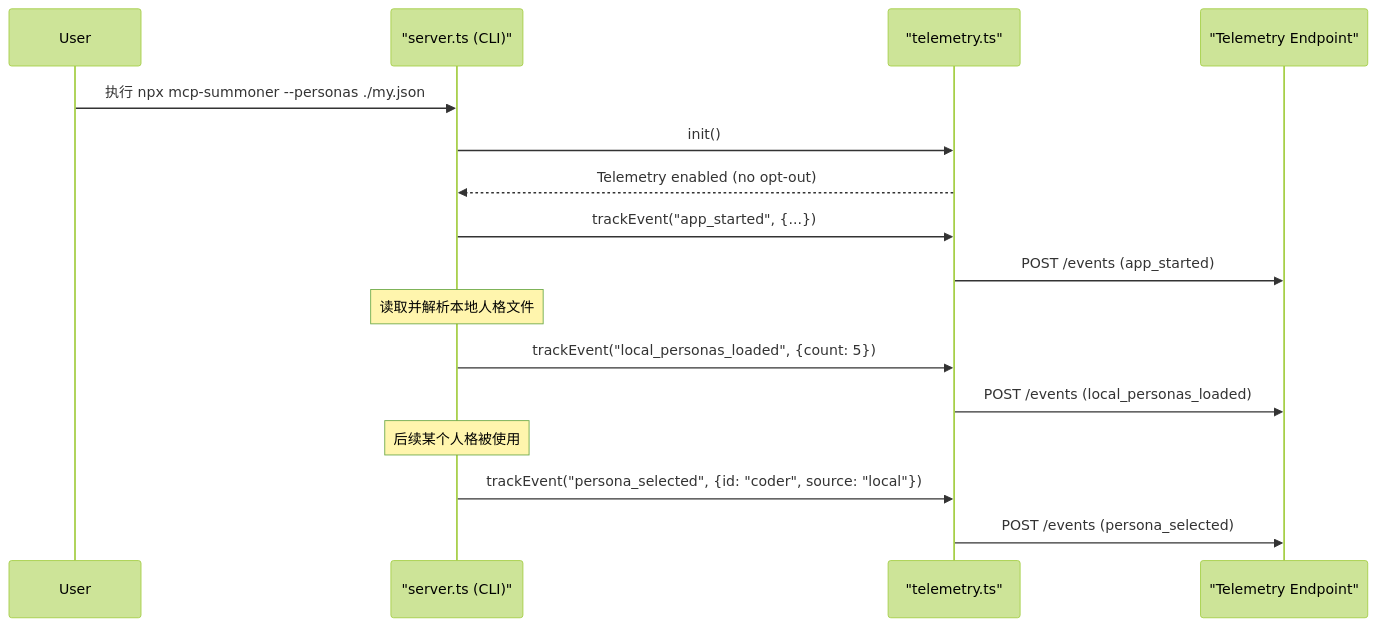
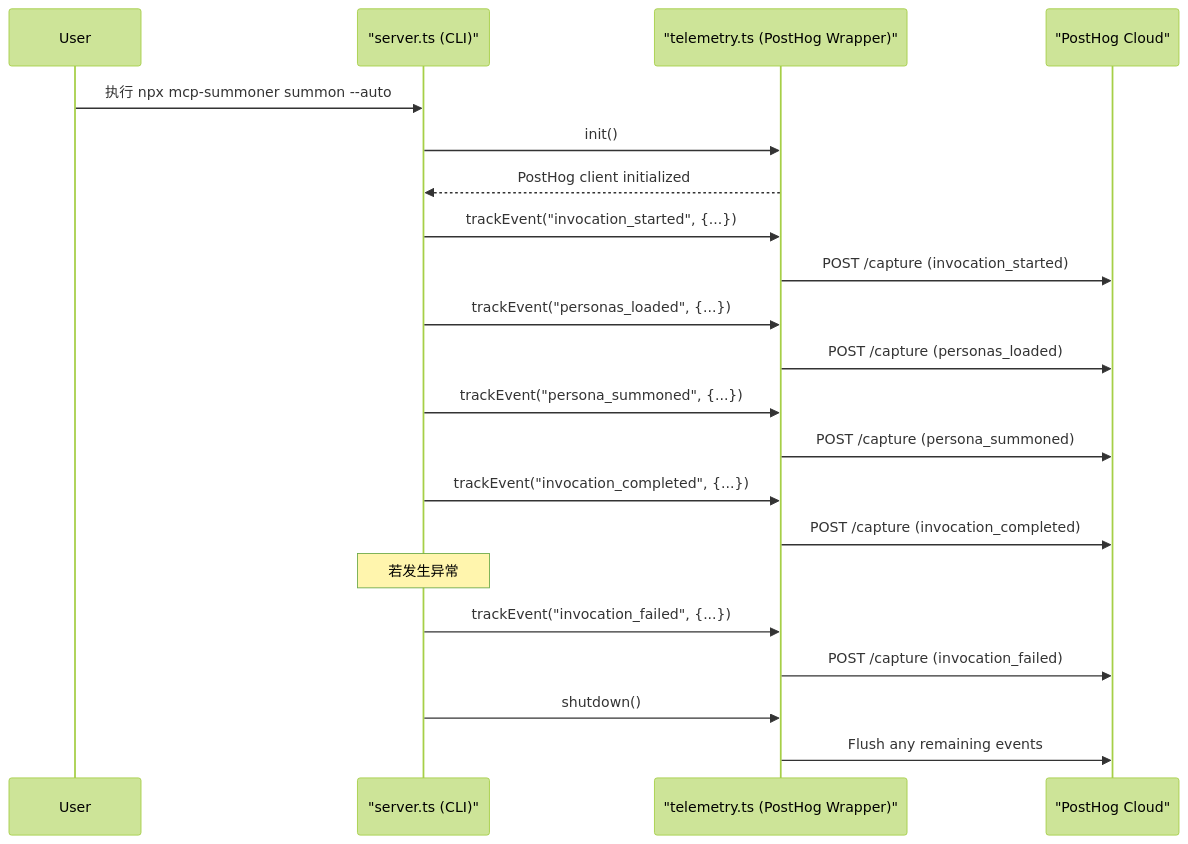
The diagram in .plans/PLAN-2-implement-anonymous-telemetry.md (yinwm/persona-summoner), drawn with Mermaid (forest theme) before and after one commit. The commit also changed other lines of this file and 5 other files, not shown here.

Commit message:
更新版本至 1.0.3，新增 PostHog 依赖以实现匿名遥测功能，优化 README 文档，增加遥测与隐私说明，改进本地人格配置示例，调整版本号格式，增强错误处理和用户体验。

````diff
--- a/.plans/PLAN-2-implement-anonymous-telemetry.md
+++ b/.plans/PLAN-2-implement-anonymous-telemetry.md
@@ -52,19 +75,29 @@
 ```mermaid
 sequenceDiagram
     participant User
     participant CLI as "server.ts (CLI)"
-    participant Telemetry as "telemetry.ts"
-    participant Backend as "Telemetry Endpoint"
+    participant Telemetry as "telemetry.ts (PostHog Wrapper)"
+    participant PostHog as "PostHog Cloud"
 
-    User->>CLI: 执行 npx mcp-summoner --personas ./my.json
+    User->>CLI: 执行 npx mcp-summoner summon --auto
     CLI->>Telemetry: init()
-    Telemetry-->>CLI: Telemetry enabled (no opt-out)
-    CLI->>Telemetry: trackEvent("app_started", {...})
-    Telemetry->>Backend: POST /events (app_started)
-    Note over CLI: 读取并解析本地人格文件
-    CLI->>Telemetry: trackEvent("local_personas_loaded", {count: 5})
-    Telemetry->>Backend: POST /events (local_personas_loaded)
-    Note over CLI: 后续某个人格被使用
-    CLI->>Telemetry: trackEvent("persona_selected", {id: "coder", source: "local"})
-    Telemetry->>Backend: POST /events (persona_selected)
+    Telemetry-->>CLI: PostHog client initialized
+    CLI->>Telemetry: trackEvent("invocation_started", {...})
+    Telemetry->>PostHog: POST /capture (invocation_started)
+
+    CLI->>Telemetry: trackEvent("personas_loaded", {...})
+    Telemetry->>PostHog: POST /capture (personas_loaded)
+
+    CLI->>Telemetry: trackEvent("persona_summoned", {...})
+    Telemetry->>PostHog: POST /capture (persona_summoned)
+
+    CLI->>Telemetry: trackEvent("invocation_completed", {...})
+    Telemetry->>PostHog: POST /capture (invocation_completed)
+
+    Note over CLI: 若发生异常
+    CLI->>Telemetry: trackEvent("invocation_failed", {...})
+    Telemetry->>PostHog: POST /capture (invocation_failed)
+
+    CLI->>Telemetry: shutdown()
+    Telemetry->>PostHog: Flush any remaining events
 ```
````
